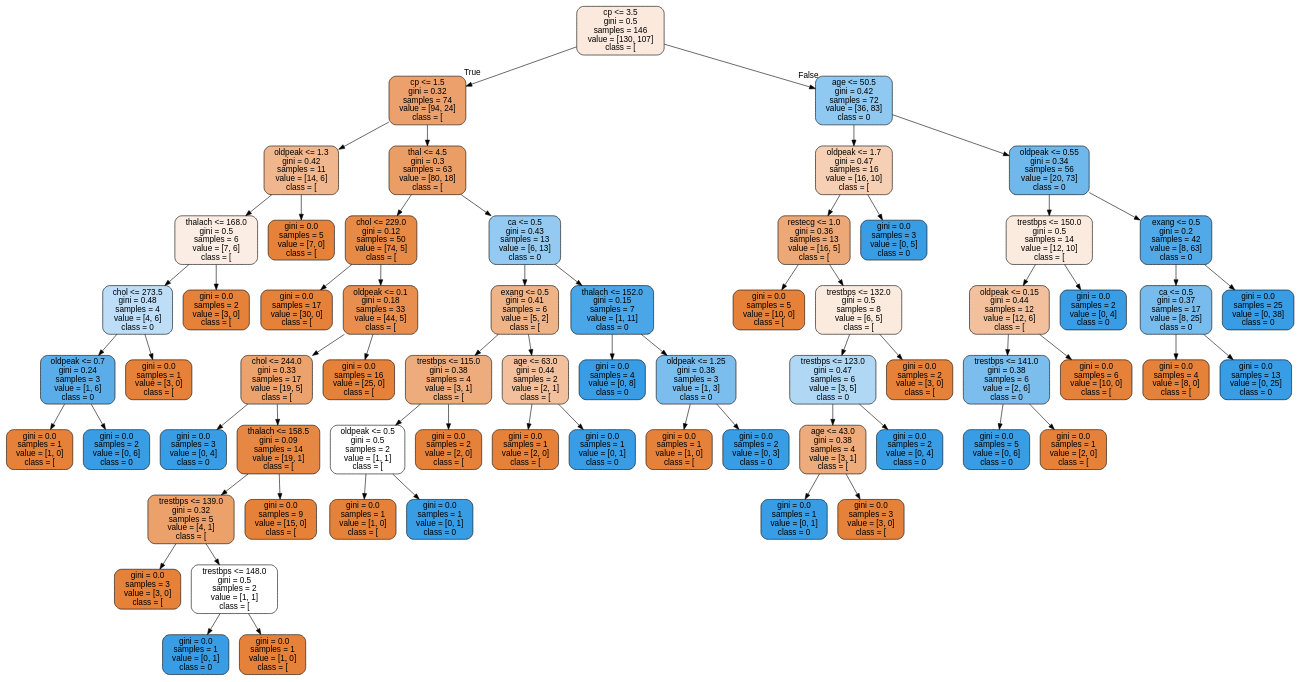
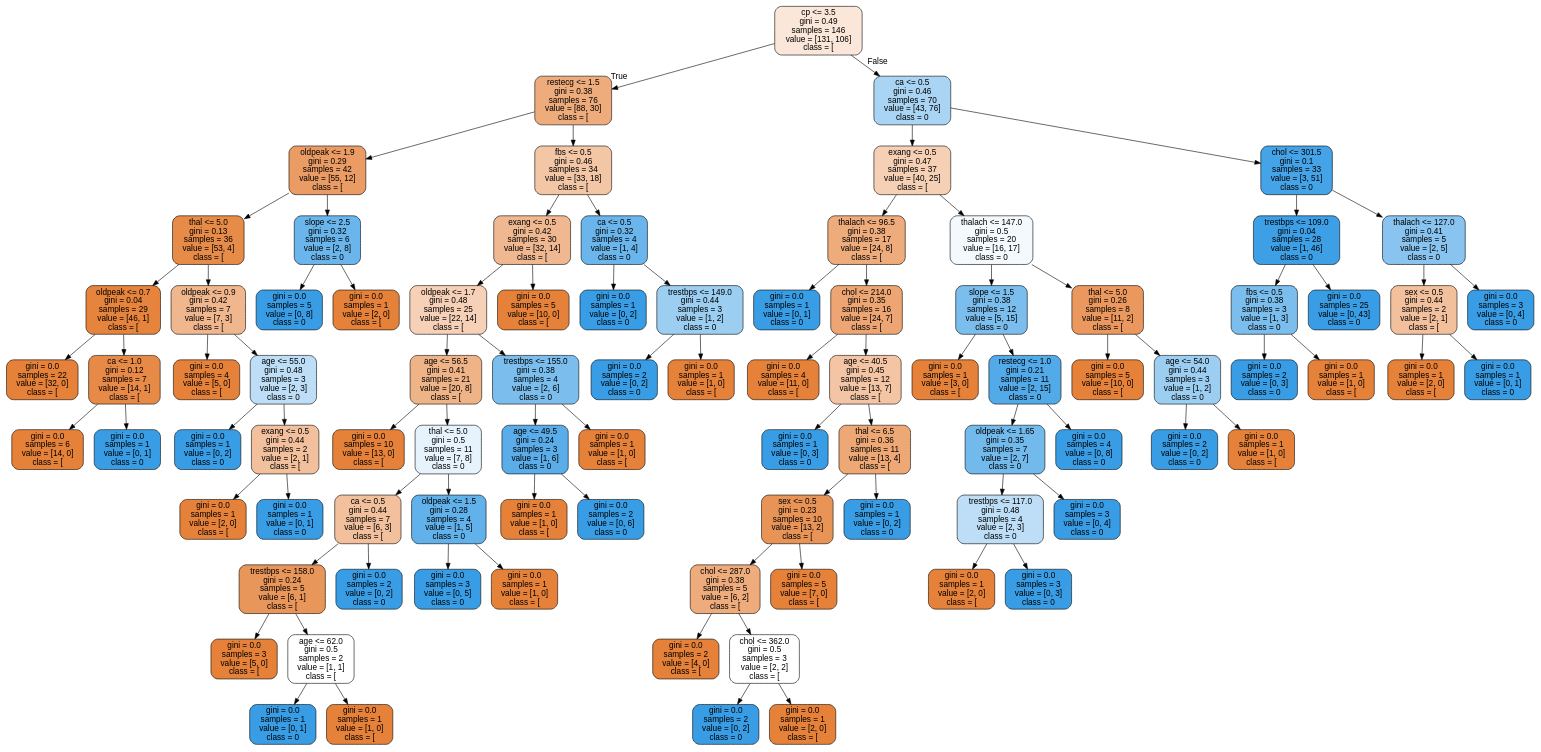
One commit to yunweiliang/cse163-final-project changed the diagram in tree.dot. Above: the diagram before and after it, drawn with Graphviz. The commit also changed 7 other files, not shown here.

```diff
--- a/tree.dot
+++ b/tree.dot
@@ -1,133 +1,181 @@
 digraph Tree {
 node [shape=box, style="filled, rounded", color="black", fontname=helvetica] ;
 edge [fontname=helvetica] ;
-0 [label="cp <= 3.5\ngini = 0.5\nsamples = 146\nvalue = [130, 107]\nclass = [", fillcolor="#fae9dc"] ;
-1 [label="cp <= 1.5\ngini = 0.32\nsamples = 74\nvalue = [94, 24]\nclass = [", fillcolor="#eca16c"] ;
+0 [label="cp <= 3.5\ngini = 0.49\nsamples = 146\nvalue = [131, 106]\nclass = [", fillcolor="#fae7d9"] ;
+1 [label="restecg <= 1.5\ngini = 0.38\nsamples = 76\nvalue = [88, 30]\nclass = [", fillcolor="#eeac7c"] ;
 0 -> 1 [labeldistance=2.5, labelangle=45, headlabel="True"] ;
-2 [label="oldpeak <= 1.3\ngini = 0.42\nsamples = 11\nvalue = [14, 6]\nclass = [", fillcolor="#f0b78e"] ;
+2 [label="oldpeak <= 1.9\ngini = 0.29\nsamples = 42\nvalue = [55, 12]\nclass = [", fillcolor="#eb9c64"] ;
 1 -> 2 ;
-3 [label="thalach <= 168.0\ngini = 0.5\nsamples = 6\nvalue = [7, 6]\nclass = [", fillcolor="#fbede3"] ;
+3 [label="thal <= 5.0\ngini = 0.13\nsamples = 36\nvalue = [53, 4]\nclass = [", fillcolor="#e78b48"] ;
 2 -> 3 ;
-4 [label="chol <= 273.5\ngini = 0.48\nsamples = 4\nvalue = [4, 6]\nclass = 0", fillcolor="#bddef6"] ;
+4 [label="oldpeak <= 0.7\ngini = 0.04\nsamples = 29\nvalue = [46, 1]\nclass = [", fillcolor="#e6843d"] ;
 3 -> 4 ;
-5 [label="oldpeak <= 0.7\ngini = 0.24\nsamples = 3\nvalue = [1, 6]\nclass = 0", fillcolor="#5aade9"] ;
+5 [label="gini = 0.0\nsamples = 22\nvalue = [32, 0]\nclass = [", fillcolor="#e58139"] ;
 4 -> 5 ;
-6 [label="gini = 0.0\nsamples = 1\nvalue = [1, 0]\nclass = [", fillcolor="#e58139"] ;
-5 -> 6 ;
-7 [label="gini = 0.0\nsamples = 2\nvalue = [0, 6]\nclass = 0", fillcolor="#399de5"] ;
-5 -> 7 ;
-8 [label="gini = 0.0\nsamples = 1\nvalue = [3, 0]\nclass = [", fillcolor="#e58139"] ;
-4 -> 8 ;
-9 [label="gini = 0.0\nsamples = 2\nvalue = [3, 0]\nclass = [", fillcolor="#e58139"] ;
+6 [label="ca <= 1.0\ngini = 0.12\nsamples = 7\nvalue = [14, 1]\nclass = [", fillcolor="#e78a47"] ;
+4 -> 6 ;
+7 [label="gini = 0.0\nsamples = 6\nvalue = [14, 0]\nclass = [", fillcolor="#e58139"] ;
+6 -> 7 ;
+8 [label="gini = 0.0\nsamples = 1\nvalue = [0, 1]\nclass = 0", fillcolor="#399de5"] ;
+6 -> 8 ;
+9 [label="oldpeak <= 0.9\ngini = 0.42\nsamples = 7\nvalue = [7, 3]\nclass = [", fillcolor="#f0b78e"] ;
 3 -> 9 ;
-10 [label="gini = 0.0\nsamples = 5\nvalue = [7, 0]\nclass = [", fillcolor="#e58139"] ;
-2 -> 10 ;
-11 [label="thal <= 4.5\ngini = 0.3\nsamples = 63\nvalue = [80, 18]\nclass = [", fillcolor="#eb9d66"] ;
-1 -> 11 ;
-12 [label="chol <= 229.0\ngini = 0.12\nsamples = 50\nvalue = [74, 5]\nclass = [", fillcolor="#e78a46"] ;
+10 [label="gini = 0.0\nsamples = 4\nvalue = [5, 0]\nclass = [", fillcolor="#e58139"] ;
+9 -> 10 ;
+11 [label="age <= 55.0\ngini = 0.48\nsamples = 3\nvalue = [2, 3]\nclass = 0", fillcolor="#bddef6"] ;
+9 -> 11 ;
+12 [label="gini = 0.0\nsamples = 1\nvalue = [0, 2]\nclass = 0", fillcolor="#399de5"] ;
 11 -> 12 ;
-13 [label="gini = 0.0\nsamples = 17\nvalue = [30, 0]\nclass = [", fillcolor="#e58139"] ;
-12 -> 13 ;
-14 [label="oldpeak <= 0.1\ngini = 0.18\nsamples = 33\nvalue = [44, 5]\nclass = [", fillcolor="#e88f50"] ;
-12 -> 14 ;
-15 [label="chol <= 244.0\ngini = 0.33\nsamples = 17\nvalue = [19, 5]\nclass = [", fillcolor="#eca26d"] ;
-14 -> 15 ;
-16 [label="gini = 0.0\nsamples = 3\nvalue = [0, 4]\nclass = 0", fillcolor="#399de5"] ;
-15 -> 16 ;
-17 [label="thalach <= 158.5\ngini = 0.09\nsamples = 14\nvalue = [19, 1]\nclass = [", fillcolor="#e68843"] ;
-15 -> 17 ;
-18 [label="trestbps <= 139.0\ngini = 0.32\nsamples = 5\nvalue = [4, 1]\nclass = [", fillcolor="#eca06a"] ;
-17 -> 18 ;
-19 [label="gini = 0.0\nsamples = 3\nvalue = [3, 0]\nclass = [", fillcolor="#e58139"] ;
-18 -> 19 ;
-20 [label="trestbps <= 148.0\ngini = 0.5\nsamples = 2\nvalue = [1, 1]\nclass = [", fillcolor="#ffffff"] ;
-18 -> 20 ;
-21 [label="gini = 0.0\nsamples = 1\nvalue = [0, 1]\nclass = 0", fillcolor="#399de5"] ;
+13 [label="exang <= 0.5\ngini = 0.44\nsamples = 2\nvalue = [2, 1]\nclass = [", fillcolor="#f2c09c"] ;
+11 -> 13 ;
+14 [label="gini = 0.0\nsamples = 1\nvalue = [2, 0]\nclass = [", fillcolor="#e58139"] ;
+13 -> 14 ;
+15 [label="gini = 0.0\nsamples = 1\nvalue = [0, 1]\nclass = 0", fillcolor="#399de5"] ;
+13 -> 15 ;
+16 [label="slope <= 2.5\ngini = 0.32\nsamples = 6\nvalue = [2, 8]\nclass = 0", fillcolor="#6ab6ec"] ;
+2 -> 16 ;
+17 [label="gini = 0.0\nsamples = 5\nvalue = [0, 8]\nclass = 0", fillcolor="#399de5"] ;
+16 -> 17 ;
+18 [label="gini = 0.0\nsamples = 1\nvalue = [2, 0]\nclass = [", fillcolor="#e58139"] ;
+16 -> 18 ;
+19 [label="fbs <= 0.5\ngini = 0.46\nsamples = 34\nvalue = [33, 18]\nclass = [", fillcolor="#f3c6a5"] ;
+1 -> 19 ;
+20 [label="exang <= 0.5\ngini = 0.42\nsamples = 30\nvalue = [32, 14]\nclass = [", fillcolor="#f0b890"] ;
+19 -> 20 ;
+21 [label="oldpeak <= 1.7\ngini = 0.48\nsamples = 25\nvalue = [22, 14]\nclass = [", fillcolor="#f6d1b7"] ;
 20 -> 21 ;
-22 [label="gini = 0.0\nsamples = 1\nvalue = [1, 0]\nclass = [", fillcolor="#e58139"] ;
-20 -> 22 ;
-23 [label="gini = 0.0\nsamples = 9\nvalue = [15, 0]\nclass = [", fillcolor="#e58139"] ;
-17 -> 23 ;
-24 [label="gini = 0.0\nsamples = 16\nvalue = [25, 0]\nclass = [", fillcolor="#e58139"] ;
-14 -> 24 ;
-25 [label="ca <= 0.5\ngini = 0.43\nsamples = 13\nvalue = [6, 13]\nclass = 0", fillcolor="#94caf1"] ;
-11 -> 25 ;
-26 [label="exang <= 0.5\ngini = 0.41\nsamples = 6\nvalue = [5, 2]\nclass = [", fillcolor="#efb388"] ;
+22 [label="age <= 56.5\ngini = 0.41\nsamples = 21\nvalue = [20, 8]\nclass = [", fillcolor="#efb388"] ;
+21 -> 22 ;
+23 [label="gini = 0.0\nsamples = 10\nvalue = [13, 0]\nclass = [", fillcolor="#e58139"] ;
+22 -> 23 ;
+24 [label="thal <= 5.0\ngini = 0.5\nsamples = 11\nvalue = [7, 8]\nclass = 0", fillcolor="#e6f3fc"] ;
+22 -> 24 ;
+25 [label="ca <= 0.5\ngini = 0.44\nsamples = 7\nvalue = [6, 3]\nclass = [", fillcolor="#f2c09c"] ;
+24 -> 25 ;
+26 [label="trestbps <= 158.0\ngini = 0.24\nsamples = 5\nvalue = [6, 1]\nclass = [", fillcolor="#e9965a"] ;
 25 -> 26 ;
-27 [label="trestbps <= 115.0\ngini = 0.38\nsamples = 4\nvalue = [3, 1]\nclass = [", fillcolor="#eeab7b"] ;
+27 [label="gini = 0.0\nsamples = 3\nvalue = [5, 0]\nclass = [", fillcolor="#e58139"] ;
 26 -> 27 ;
-28 [label="oldpeak <= 0.5\ngini = 0.5\nsamples = 2\nvalue = [1, 1]\nclass = [", fillcolor="#ffffff"] ;
-27 -> 28 ;
-29 [label="gini = 0.0\nsamples = 1\nvalue = [1, 0]\nclass = [", fillcolor="#e58139"] ;
+28 [label="age <= 62.0\ngini = 0.5\nsamples = 2\nvalue = [1, 1]\nclass = [", fillcolor="#ffffff"] ;
+26 -> 28 ;
+29 [label="gini = 0.0\nsamples = 1\nvalue = [0, 1]\nclass = 0", fillcolor="#399de5"] ;
 28 -> 29 ;
-30 [label="gini = 0.0\nsamples = 1\nvalue = [0, 1]\nclass = 0", fillcolor="#399de5"] ;
+30 [label="gini = 0.0\nsamples = 1\nvalue = [1, 0]\nclass = [", fillcolor="#e58139"] ;
 28 -> 30 ;
-31 [label="gini = 0.0\nsamples = 2\nvalue = [2, 0]\nclass = [", fillcolor="#e58139"] ;
-27 -> 31 ;
-32 [label="age <= 63.0\ngini = 0.44\nsamples = 2\nvalue = [2, 1]\nclass = [", fillcolor="#f2c09c"] ;
-26 -> 32 ;
-33 [label="gini = 0.0\nsamples = 1\nvalue = [2, 0]\nclass = [", fillcolor="#e58139"] ;
+31 [label="gini = 0.0\nsamples = 2\nvalue = [0, 2]\nclass = 0", fillcolor="#399de5"] ;
+25 -> 31 ;
+32 [label="oldpeak <= 1.5\ngini = 0.28\nsamples = 4\nvalue = [1, 5]\nclass = 0", fillcolor="#61b1ea"] ;
+24 -> 32 ;
+33 [label="gini = 0.0\nsamples = 3\nvalue = [0, 5]\nclass = 0", fillcolor="#399de5"] ;
 32 -> 33 ;
-34 [label="gini = 0.0\nsamples = 1\nvalue = [0, 1]\nclass = 0", fillcolor="#399de5"] ;
+34 [label="gini = 0.0\nsamples = 1\nvalue = [1, 0]\nclass = [", fillcolor="#e58139"] ;
 32 -> 34 ;
-35 [label="thalach <= 152.0\ngini = 0.15\nsamples = 7\nvalue = [1, 11]\nclass = 0", fillcolor="#4ba6e7"] ;
-25 -> 35 ;
-36 [label="gini = 0.0\nsamples = 4\nvalue = [0, 8]\nclass = 0", fillcolor="#399de5"] ;
+35 [label="trestbps <= 155.0\ngini = 0.38\nsamples = 4\nvalue = [2, 6]\nclass = 0", fillcolor="#7bbeee"] ;
+21 -> 35 ;
+36 [label="age <= 49.5\ngini = 0.24\nsamples = 3\nvalue = [1, 6]\nclass = 0", fillcolor="#5aade9"] ;
 35 -> 36 ;
-37 [label="oldpeak <= 1.25\ngini = 0.38\nsamples = 3\nvalue = [1, 3]\nclass = 0", fillcolor="#7bbeee"] ;
-35 -> 37 ;
-38 [label="gini = 0.0\nsamples = 1\nvalue = [1, 0]\nclass = [", fillcolor="#e58139"] ;
-37 -> 38 ;
-39 [label="gini = 0.0\nsamples = 2\nvalue = [0, 3]\nclass = 0", fillcolor="#399de5"] ;
-37 -> 39 ;
-40 [label="age <= 50.5\ngini = 0.42\nsamples = 72\nvalue = [36, 83]\nclass = 0", fillcolor="#8fc8f0"] ;
-0 -> 40 [labeldistance=2.5, labelangle=-45, headlabel="False"] ;
-41 [label="oldpeak <= 1.7\ngini = 0.47\nsamples = 16\nvalue = [16, 10]\nclass = [", fillcolor="#f5d0b5"] ;
-40 -> 41 ;
-42 [label="restecg <= 1.0\ngini = 0.36\nsamples = 13\nvalue = [16, 5]\nclass = [", fillcolor="#eda877"] ;
+37 [label="gini = 0.0\nsamples = 1\nvalue = [1, 0]\nclass = [", fillcolor="#e58139"] ;
+36 -> 37 ;
+38 [label="gini = 0.0\nsamples = 2\nvalue = [0, 6]\nclass = 0", fillcolor="#399de5"] ;
+36 -> 38 ;
+39 [label="gini = 0.0\nsamples = 1\nvalue = [1, 0]\nclass = [", fillcolor="#e58139"] ;
+35 -> 39 ;
+40 [label="gini = 0.0\nsamples = 5\nvalue = [10, 0]\nclass = [", fillcolor="#e58139"] ;
+20 -> 40 ;
+41 [label="ca <= 0.5\ngini = 0.32\nsamples = 4\nvalue = [1, 4]\nclass = 0", fillcolor="#6ab6ec"] ;
+19 -> 41 ;
+42 [label="gini = 0.0\nsamples = 1\nvalue = [0, 2]\nclass = 0", fillcolor="#399de5"] ;
 41 -> 42 ;
-43 [label="gini = 0.0\nsamples = 5\nvalue = [10, 0]\nclass = [", fillcolor="#e58139"] ;
-42 -> 43 ;
-44 [label="trestbps <= 132.0\ngini = 0.5\nsamples = 8\nvalue = [6, 5]\nclass = [", fillcolor="#fbeade"] ;
-42 -> 44 ;
-45 [label="trestbps <= 123.0\ngini = 0.47\nsamples = 6\nvalue = [3, 5]\nclass = 0", fillcolor="#b0d8f5"] ;
-44 -> 45 ;
-46 [label="age <= 43.0\ngini = 0.38\nsamples = 4\nvalue = [3, 1]\nclass = [", fillcolor="#eeab7b"] ;
-45 -> 46 ;
-47 [label="gini = 0.0\nsamples = 1\nvalue = [0, 1]\nclass = 0", fillcolor="#399de5"] ;
+43 [label="trestbps <= 149.0\ngini = 0.44\nsamples = 3\nvalue = [1, 2]\nclass = 0", fillcolor="#9ccef2"] ;
+41 -> 43 ;
+44 [label="gini = 0.0\nsamples = 2\nvalue = [0, 2]\nclass = 0", fillcolor="#399de5"] ;
+43 -> 44 ;
+45 [label="gini = 0.0\nsamples = 1\nvalue = [1, 0]\nclass = [", fillcolor="#e58139"] ;
+43 -> 45 ;
+46 [label="ca <= 0.5\ngini = 0.46\nsamples = 70\nvalue = [43, 76]\nclass = 0", fillcolor="#a9d4f4"] ;
+0 -> 46 [labeldistance=2.5, labelangle=-45, headlabel="False"] ;
+47 [label="exang <= 0.5\ngini = 0.47\nsamples = 37\nvalue = [40, 25]\nclass = [", fillcolor="#f5d0b5"] ;
 46 -> 47 ;
-48 [label="gini = 0.0\nsamples = 3\nvalue = [3, 0]\nclass = [", fillcolor="#e58139"] ;
-46 -> 48 ;
-49 [label="gini = 0.0\nsamples = 2\nvalue = [0, 4]\nclass = 0", fillcolor="#399de5"] ;
-45 -> 49 ;
-50 [label="gini = 0.0\nsamples = 2\nvalue = [3, 0]\nclass = [", fillcolor="#e58139"] ;
-44 -> 50 ;
-51 [label="gini = 0.0\nsamples = 3\nvalue = [0, 5]\nclass = 0", fillcolor="#399de5"] ;
-41 -> 51 ;
-52 [label="oldpeak <= 0.55\ngini = 0.34\nsamples = 56\nvalue = [20, 73]\nclass = 0", fillcolor="#6fb8ec"] ;
-40 -> 52 ;
-53 [label="trestbps <= 150.0\ngini = 0.5\nsamples = 14\nvalue = [12, 10]\nclass = [", fillcolor="#fbeade"] ;
+48 [label="thalach <= 96.5\ngini = 0.38\nsamples = 17\nvalue = [24, 8]\nclass = [", fillcolor="#eeab7b"] ;
+47 -> 48 ;
+49 [label="gini = 0.0\nsamples = 1\nvalue = [0, 1]\nclass = 0", fillcolor="#399de5"] ;
+48 -> 49 ;
+50 [label="chol <= 214.0\ngini = 0.35\nsamples = 16\nvalue = [24, 7]\nclass = [", fillcolor="#eda673"] ;
+48 -> 50 ;
+51 [label="gini = 0.0\nsamples = 4\nvalue = [11, 0]\nclass = [", fillcolor="#e58139"] ;
+50 -> 51 ;
+52 [label="age <= 40.5\ngini = 0.45\nsamples = 12\nvalue = [13, 7]\nclass = [", fillcolor="#f3c5a4"] ;
+50 -> 52 ;
+53 [label="gini = 0.0\nsamples = 1\nvalue = [0, 3]\nclass = 0", fillcolor="#399de5"] ;
 52 -> 53 ;
-54 [label="oldpeak <= 0.15\ngini = 0.44\nsamples = 12\nvalue = [12, 6]\nclass = [", fillcolor="#f2c09c"] ;
-53 -> 54 ;
-55 [label="trestbps <= 141.0\ngini = 0.38\nsamples = 6\nvalue = [2, 6]\nclass = 0", fillcolor="#7bbeee"] ;
+54 [label="thal <= 6.5\ngini = 0.36\nsamples = 11\nvalue = [13, 4]\nclass = [", fillcolor="#eda876"] ;
+52 -> 54 ;
+55 [label="sex <= 0.5\ngini = 0.23\nsamples = 10\nvalue = [13, 2]\nclass = [", fillcolor="#e99457"] ;
 54 -> 55 ;
-56 [label="gini = 0.0\nsamples = 5\nvalue = [0, 6]\nclass = 0", fillcolor="#399de5"] ;
+56 [label="chol <= 287.0\ngini = 0.38\nsamples = 5\nvalue = [6, 2]\nclass = [", fillcolor="#eeab7b"] ;
 55 -> 56 ;
-57 [label="gini = 0.0\nsamples = 1\nvalue = [2, 0]\nclass = [", fillcolor="#e58139"] ;
-55 -> 57 ;
-58 [label="gini = 0.0\nsamples = 6\nvalue = [10, 0]\nclass = [", fillcolor="#e58139"] ;
-54 -> 58 ;
-59 [label="gini = 0.0\nsamples = 2\nvalue = [0, 4]\nclass = 0", fillcolor="#399de5"] ;
-53 -> 59 ;
-60 [label="exang <= 0.5\ngini = 0.2\nsamples = 42\nvalue = [8, 63]\nclass = 0", fillcolor="#52a9e8"] ;
-52 -> 60 ;
-61 [label="ca <= 0.5\ngini = 0.37\nsamples = 17\nvalue = [8, 25]\nclass = 0", fillcolor="#78bced"] ;
-60 -> 61 ;
-62 [label="gini = 0.0\nsamples = 4\nvalue = [8, 0]\nclass = [", fillcolor="#e58139"] ;
-61 -> 62 ;
-63 [label="gini = 0.0\nsamples = 13\nvalue = [0, 25]\nclass = 0", fillcolor="#399de5"] ;
-61 -> 63 ;
-64 [label="gini = 0.0\nsamples = 25\nvalue = [0, 38]\nclass = 0", fillcolor="#399de5"] ;
-60 -> 64 ;
+57 [label="gini = 0.0\nsamples = 2\nvalue = [4, 0]\nclass = [", fillcolor="#e58139"] ;
+56 -> 57 ;
+58 [label="chol <= 362.0\ngini = 0.5\nsamples = 3\nvalue = [2, 2]\nclass = [", fillcolor="#ffffff"] ;
+56 -> 58 ;
+59 [label="gini = 0.0\nsamples = 2\nvalue = [0, 2]\nclass = 0", fillcolor="#399de5"] ;
+58 -> 59 ;
+60 [label="gini = 0.0\nsamples = 1\nvalue = [2, 0]\nclass = [", fillcolor="#e58139"] ;
+58 -> 60 ;
+61 [label="gini = 0.0\nsamples = 5\nvalue = [7, 0]\nclass = [", fillcolor="#e58139"] ;
+55 -> 61 ;
+62 [label="gini = 0.0\nsamples = 1\nvalue = [0, 2]\nclass = 0", fillcolor="#399de5"] ;
+54 -> 62 ;
+63 [label="thalach <= 147.0\ngini = 0.5\nsamples = 20\nvalue = [16, 17]\nclass = 0", fillcolor="#f3f9fd"] ;
+47 -> 63 ;
+64 [label="slope <= 1.5\ngini = 0.38\nsamples = 12\nvalue = [5, 15]\nclass = 0", fillcolor="#7bbeee"] ;
+63 -> 64 ;
+65 [label="gini = 0.0\nsamples = 1\nvalue = [3, 0]\nclass = [", fillcolor="#e58139"] ;
+64 -> 65 ;
+66 [label="restecg <= 1.0\ngini = 0.21\nsamples = 11\nvalue = [2, 15]\nclass = 0", fillcolor="#53aae8"] ;
+64 -> 66 ;
+67 [label="oldpeak <= 1.65\ngini = 0.35\nsamples = 7\nvalue = [2, 7]\nclass = 0", fillcolor="#72b9ec"] ;
+66 -> 67 ;
+68 [label="trestbps <= 117.0\ngini = 0.48\nsamples = 4\nvalue = [2, 3]\nclass = 0", fillcolor="#bddef6"] ;
+67 -> 68 ;
+69 [label="gini = 0.0\nsamples = 1\nvalue = [2, 0]\nclass = [", fillcolor="#e58139"] ;
+68 -> 69 ;
+70 [label="gini = 0.0\nsamples = 3\nvalue = [0, 3]\nclass = 0", fillcolor="#399de5"] ;
+68 -> 70 ;
+71 [label="gini = 0.0\nsamples = 3\nvalue = [0, 4]\nclass = 0", fillcolor="#399de5"] ;
+67 -> 71 ;
+72 [label="gini = 0.0\nsamples = 4\nvalue = [0, 8]\nclass = 0", fillcolor="#399de5"] ;
+66 -> 72 ;
+73 [label="thal <= 5.0\ngini = 0.26\nsamples = 8\nvalue = [11, 2]\nclass = [", fillcolor="#ea985d"] ;
+63 -> 73 ;
+74 [label="gini = 0.0\nsamples = 5\nvalue = [10, 0]\nclass = [", fillcolor="#e58139"] ;
+73 -> 74 ;
+75 [label="age <= 54.0\ngini = 0.44\nsamples = 3\nvalue = [1, 2]\nclass = 0", fillcolor="#9ccef2"] ;
+73 -> 75 ;
+76 [label="gini = 0.0\nsamples = 2\nvalue = [0, 2]\nclass = 0", fillcolor="#399de5"] ;
+75 -> 76 ;
+77 [label="gini = 0.0\nsamples = 1\nvalue = [1, 0]\nclass = [", fillcolor="#e58139"] ;
+75 -> 77 ;
+78 [label="chol <= 301.5\ngini = 0.1\nsamples = 33\nvalue = [3, 51]\nclass = 0", fillcolor="#45a3e7"] ;
+46 -> 78 ;
+79 [label="trestbps <= 109.0\ngini = 0.04\nsamples = 28\nvalue = [1, 46]\nclass = 0", fillcolor="#3d9fe6"] ;
+78 -> 79 ;
+80 [label="fbs <= 0.5\ngini = 0.38\nsamples = 3\nvalue = [1, 3]\nclass = 0", fillcolor="#7bbeee"] ;
+79 -> 80 ;
+81 [label="gini = 0.0\nsamples = 2\nvalue = [0, 3]\nclass = 0", fillcolor="#399de5"] ;
+80 -> 81 ;
+82 [label="gini = 0.0\nsamples = 1\nvalue = [1, 0]\nclass = [", fillcolor="#e58139"] ;
+80 -> 82 ;
+83 [label="gini = 0.0\nsamples = 25\nvalue = [0, 43]\nclass = 0", fillcolor="#399de5"] ;
+79 -> 83 ;
+84 [label="thalach <= 127.0\ngini = 0.41\nsamples = 5\nvalue = [2, 5]\nclass = 0", fillcolor="#88c4ef"] ;
+78 -> 84 ;
+85 [label="sex <= 0.5\ngini = 0.44\nsamples = 2\nvalue = [2, 1]\nclass = [", fillcolor="#f2c09c"] ;
+84 -> 85 ;
+86 [label="gini = 0.0\nsamples = 1\nvalue = [2, 0]\nclass = [", fillcolor="#e58139"] ;
+85 -> 86 ;
+87 [label="gini = 0.0\nsamples = 1\nvalue = [0, 1]\nclass = 0", fillcolor="#399de5"] ;
+85 -> 87 ;
+88 [label="gini = 0.0\nsamples = 3\nvalue = [0, 4]\nclass = 0", fillcolor="#399de5"] ;
+84 -> 88 ;
 }
```
